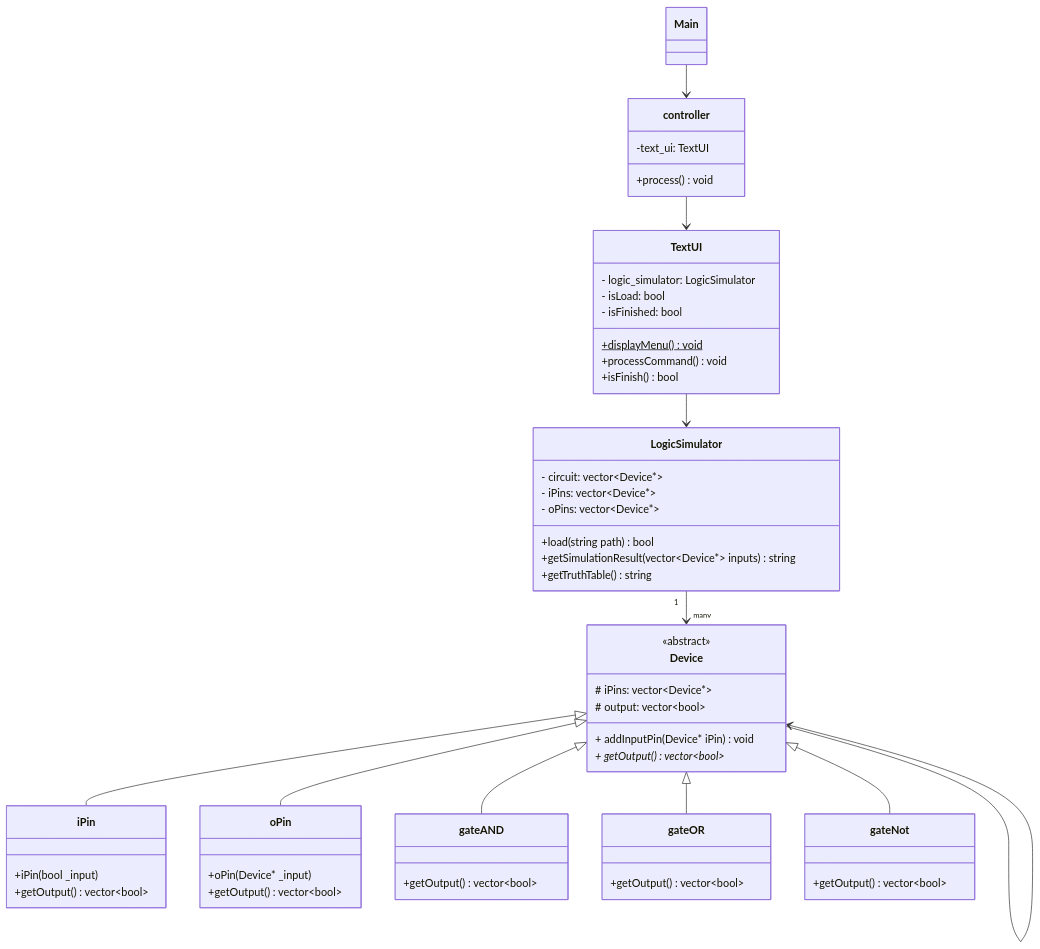
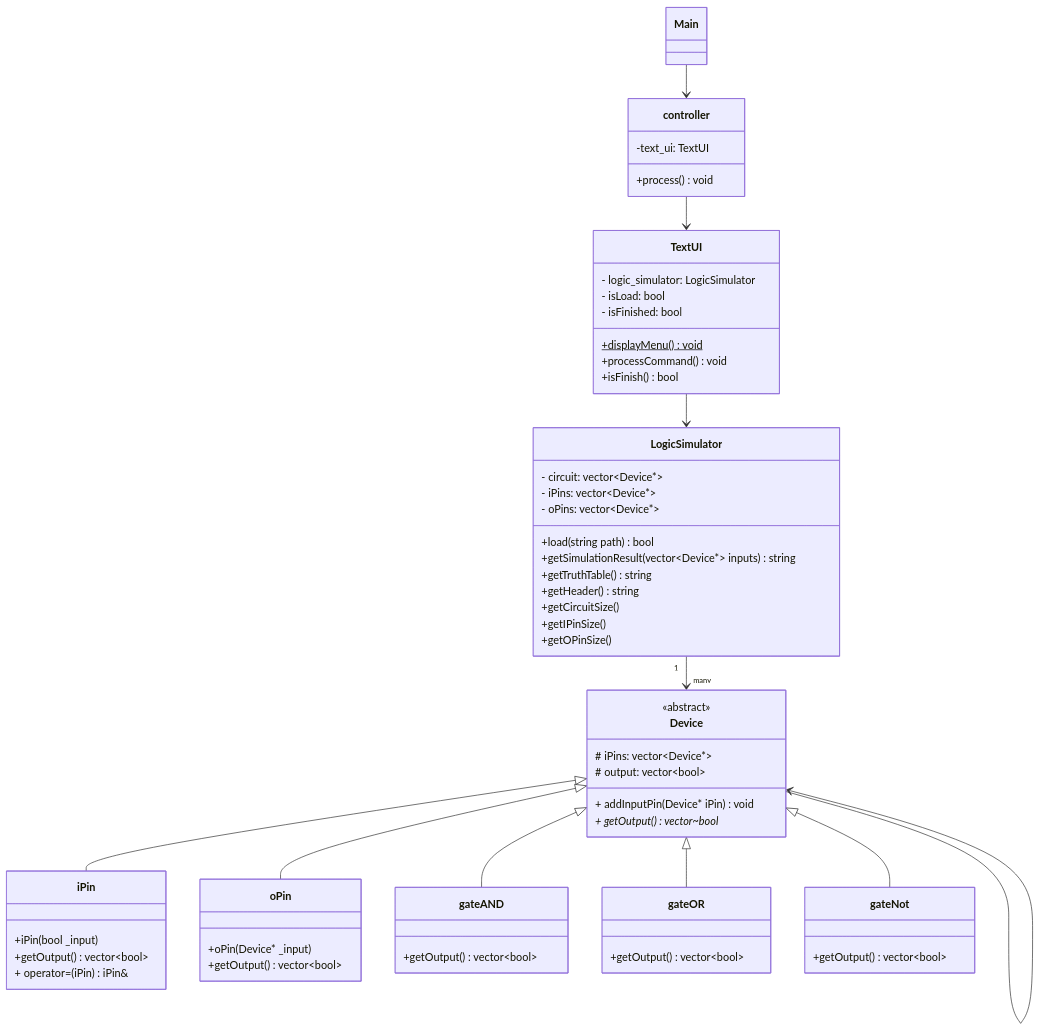
One commit to Chinococo/PSOD_HW1 changed the diagram in README.md. Above: the diagram before and after it, drawn with Mermaid.

Commit message:
Modify UML diagram

````diff
--- a/README.md
+++ b/README.md
@@ -27,72 +27,77 @@
 ```mermaid
 classDiagram
     class Device {
         <<abstract>>
         # iPins: vector~Device*~
         # output: vector~bool~
         + addInputPin(Device* iPin) void
-        + getOutput()* vector~bool~
+        + getOutput()* vector~bool
     }
 
     class iPin {
         +iPin(bool _input)
         +getOutput() vector~bool~
-    }
+        + operator=(iPin) iPin&
+    }   
 
     class oPin {
         +oPin(Device* _input)
         +getOutput() vector~bool~
     }
 
     class gateAND {
         +getOutput() vector~bool~
     }
 
     class gateOR {
         +getOutput() vector~bool~
     }
 
     class gateNot {
         +getOutput() vector~bool~
     }
 
     class LogicSimulator {
         - circuit: vector~Device*~
         - iPins: vector~Device*~
         - oPins: vector~Device*~
         +load(string path) bool
         +getSimulationResult(vector~Device*~ inputs) string
         +getTruthTable() string
+        +getHeader() string
+        +getCircuitSize()
+        +getIPinSize()
+        +getOPinSize()
     }
 
     class TextUI {
         - logic_simulator: LogicSimulator
         - isLoad: bool
         - isFinished: bool
         +displayMenu()$ void
         +processCommand() void
         +isFinish() bool
     }
 
     class controller {
         -text_ui: TextUI
         +process() void
     }
     class Main{
 
     }
 
     %% 繼承關係
     Device <|-- iPin
     Device <|-- oPin
     Device <|-- gateAND
     Device <|-- gateOR
     Device <|-- gateNot
 
     %% 組合與關聯關係
     Main --> controller
     Device -->  Device 
     LogicSimulator "1" -->  "many" Device
     TextUI  -->  LogicSimulator
     controller -->  TextUI
 ```
````
